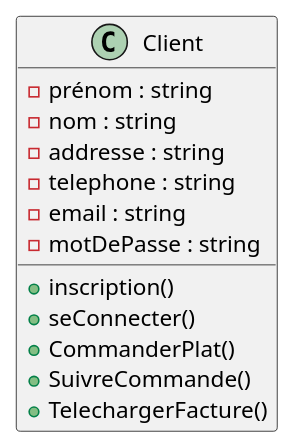
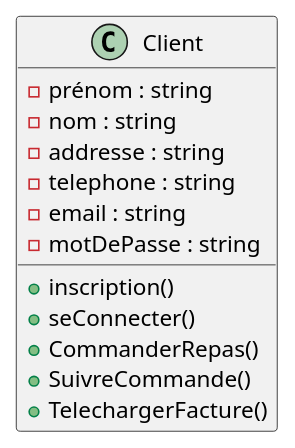
Before and after one commit to laurasullyalexandrine/expressfood: the diagram in Class/Client.puml, drawn with PlantUML. The commit also changed 9 other files, not shown here.

Commit message:
update class repas and re add heritage more delete class plat

```diff
--- a/Class/Client.puml
+++ b/Class/Client.puml
@@ -1,19 +1,19 @@
 @startuml Client
 
 
 Class Client {
     - prénom : string
     - nom : string
     - addresse : string
     - telephone : string
     - email : string
     - motDePasse : string
     
     + inscription()
     + seConnecter()
-    + CommanderPlat()
+    + CommanderRepas()
     + SuivreCommande()
     + TelechargerFacture()
 }
 
 @enduml
```
